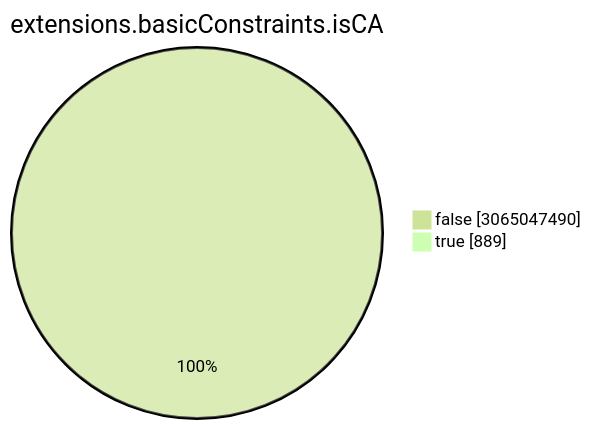
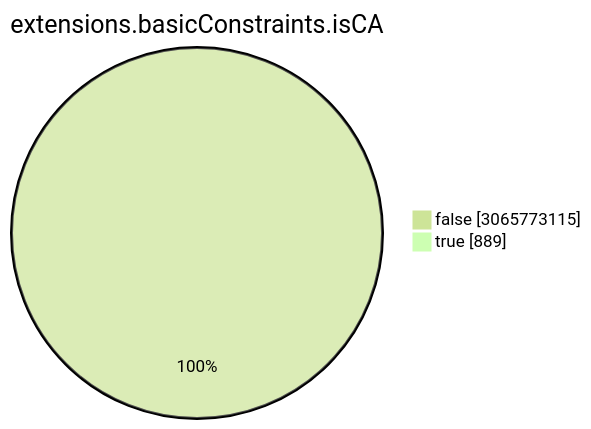
One commit to christiankrug/ctmonitor_visualization changed the seventh of 15 diagrams in TOTAL/README.md. Above: the diagram before and after it, drawn with Mermaid (forest theme). The commit also changed other lines of this file, not shown here.

````diff
--- a/TOTAL/README.md
+++ b/TOTAL/README.md
@@ -3088,6 +3088,6 @@
 ```mermaid
 pie showData
 title extensions.basicConstraints.isCA
-"false" :3065047490
+"false" :3065773115
 "true" :889
 ```
````
